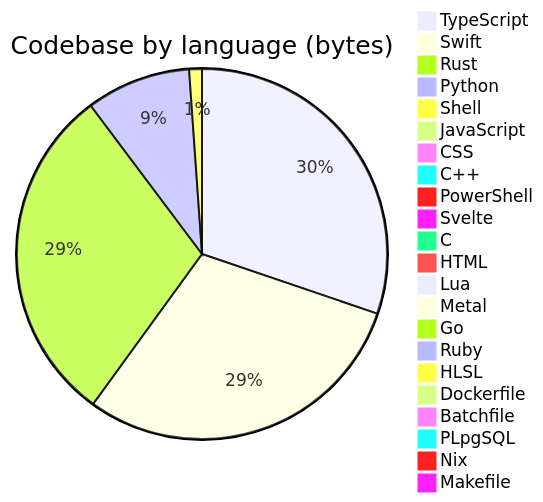
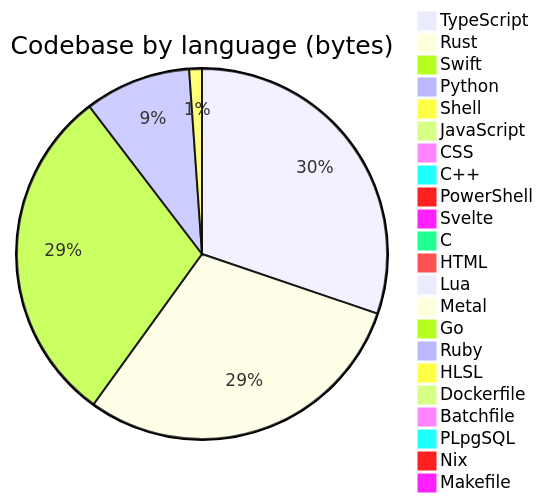
Before and after one commit to Open330/.github: the diagram in profile/README.md, drawn with Mermaid. The commit also changed other lines of this file and 1 other file, not shown here.

````diff
--- a/profile/README.md
+++ b/profile/README.md
@@ -139,25 +139,25 @@
 ```mermaid
 pie title Codebase by language (bytes)
-    "TypeScript" : 39708837
-    "Swift" : 39122153
-    "Rust" : 39106269
-    "Python" : 11994765
+    "TypeScript" : 39843469
+    "Rust" : 39213453
+    "Swift" : 39133040
+    "Python" : 12218109
     "Shell" : 1465597
-    "JavaScript" : 998589
-    "CSS" : 535695
+    "JavaScript" : 1010791
+    "CSS" : 555584
     "C++" : 388775
     "PowerShell" : 333788
     "Svelte" : 275766
     "C" : 197825
-    "HTML" : 179522
+    "HTML" : 180323
     "Lua" : 48814
     "Metal" : 33192
     "Go" : 22811
     "Ruby" : 9499
     "HLSL" : 7527
     "Dockerfile" : 7454
     "Batchfile" : 5660
     "PLpgSQL" : 5283
     "Nix" : 3168
     "Makefile" : 1692
 ```
````
